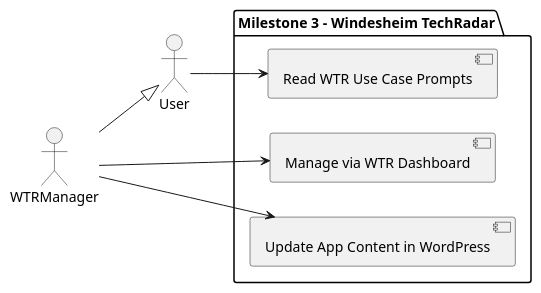
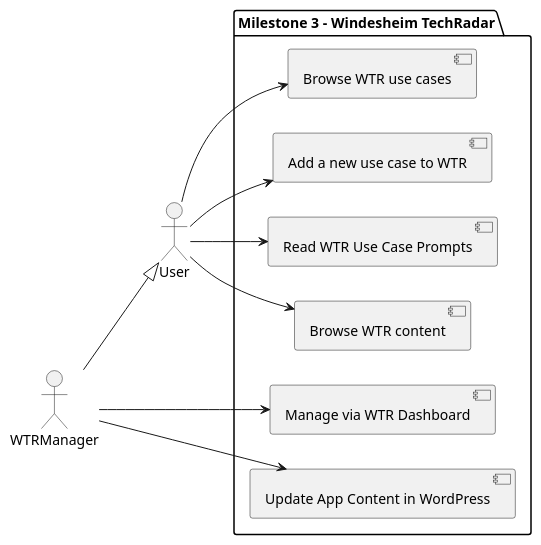
The diagram in fdd/use-case-diagram/milestone_3.puml (Windesheim-AI/UML-diagrams), drawn with PlantUML before and after one commit.

Commit message:
feat: :memo: Update milestone 3

```diff
--- a/fdd/use-case-diagram/milestone_3.puml
+++ b/fdd/use-case-diagram/milestone_3.puml
@@ -1,19 +1,25 @@
 @startuml
 left to right direction
 
 actor WTRManager as Manager
 actor User as AppUser
 
 package "Milestone 3 - Windesheim TechRadar" {
     [Manage via WTR Dashboard] as UC4
     [Update App Content in WordPress] as UC5
     [Read WTR Use Case Prompts] as UC6
+    [Browse WTR content] as UC7
+    [Browse WTR use cases] as UC8
+    [Add a new use case to WTR] as UC9
 }
 
 Manager --> UC4
 Manager --> UC5
 AppUser --> UC6
+AppUser --> UC7
+AppUser --> UC8
+AppUser --> UC9
 
 Manager --|> AppUser
 
 @enduml
```
